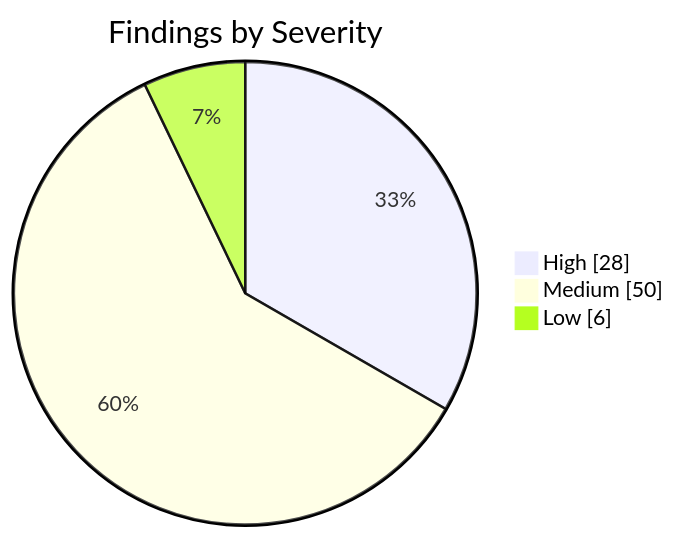
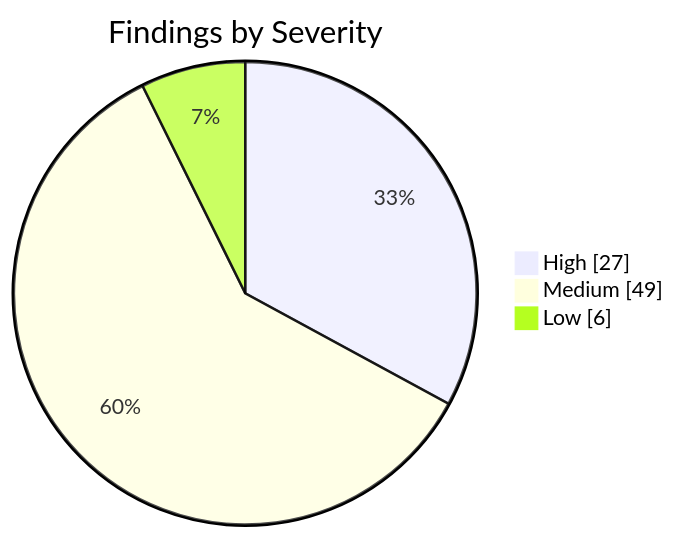
Before and after one commit to KBVE/kbve: the first of 2 diagrams in apps/kbve/astro-kbve/src/content/docs/dashboard/security.mdx, drawn with Mermaid. The commit also changed other lines of this file and 8 other files, not shown here.

````diff
--- a/apps/kbve/astro-kbve/src/content/docs/dashboard/security.mdx
+++ b/apps/kbve/astro-kbve/src/content/docs/dashboard/security.mdx
@@ -62,7 +62,7 @@
 ```mermaid
 pie showData
     title Findings by Severity
-    "High" : 28
-    "Medium" : 50
+    "High" : 27
+    "Medium" : 49
     "Low" : 6
 ```
````
